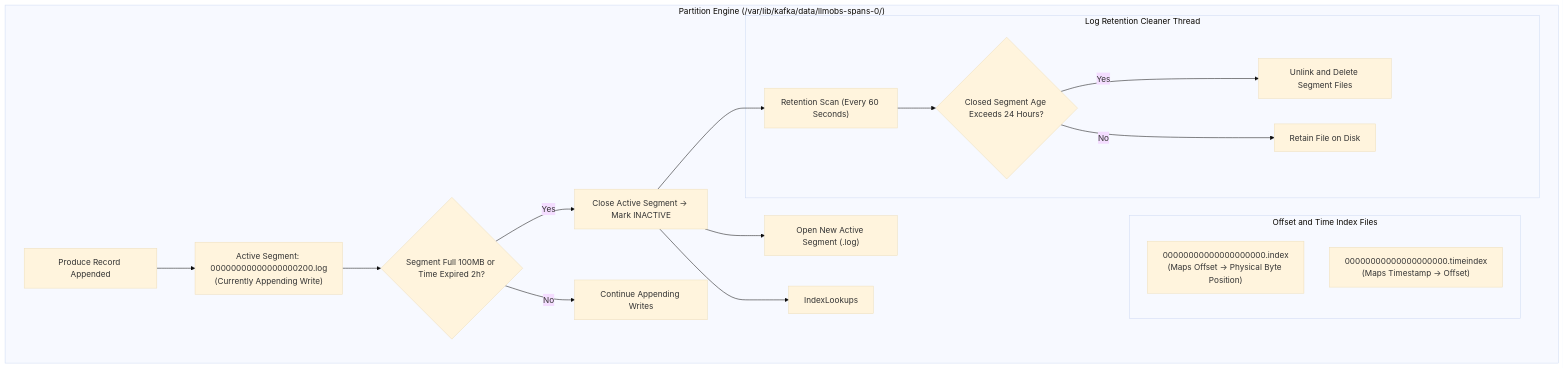
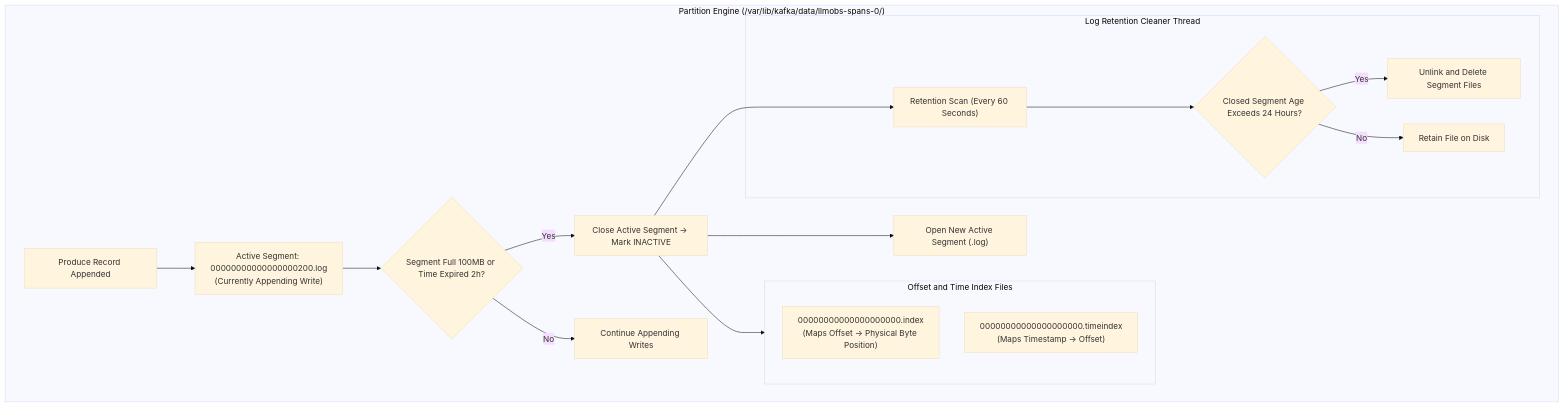
Before and after one commit to Chief-Strategist-J/llm-obs-infra: the tenth of 13 diagrams in docs/configDoc/kafka-configuration-guide.md, drawn with Mermaid (base theme). The commit also changed other lines of this file, not shown here.

Commit message:
docs(kafka): remove pseudocode comments, expand configuration parameter dictionaries, and fix Mermaid subgraph syntax

````diff
--- a/docs/configDoc/kafka-configuration-guide.md
+++ b/docs/configDoc/kafka-configuration-guide.md
@@ -637,26 +792,26 @@
 ```mermaid
 graph TB
-    subgraph Partition Directory Engine ["Partition Engine (/var/lib/kafka/data/llmobs-spans-0/)"]
+    subgraph PartitionDirectoryEngine ["Partition Engine (/var/lib/kafka/data/llmobs-spans-0/)"]
         WriteOp["Produce Record Appended"] --> ActiveSegment["Active Segment: 00000000000000000200.log<br/>(Currently Appending Write)"]
 
         ActiveSegment --> RollCondition{"Segment Full 100MB or Time Expired 2h?"}
         RollCondition -- Yes --> CloseSegment["Close Active Segment -> Mark INACTIVE"]
         CloseSegment --> OpenNew["Open New Active Segment (.log)"]
         RollCondition -- No --> KeepWriting["Continue Appending Writes"]
 
-        subgraph Index Lookups ["Offset and Time Index Files"]
+        subgraph IndexLookups ["Offset and Time Index Files"]
             OffsetIndex["00000000000000000000.index<br/>(Maps Offset -> Physical Byte Position)"]
             TimeIndex["00000000000000000000.timeindex<br/>(Maps Timestamp -> Offset)"]
         end
 
         CloseSegment --> IndexLookups
 
-        subgraph Log Retention Cleaner ["Log Retention Cleaner Thread"]
+        subgraph LogRetentionCleaner ["Log Retention Cleaner Thread"]
             CleanerScan["Retention Scan (Every 60 Seconds)"] --> RetentionCheck{"Closed Segment Age Exceeds 24 Hours?"}
             RetentionCheck -- Yes --> UnlinkFile["Unlink and Delete Segment Files"]
             RetentionCheck -- No --> RetainSegment["Retain File on Disk"]
         end
 
         CloseSegment --> CleanerScan
     end
 ```
````
